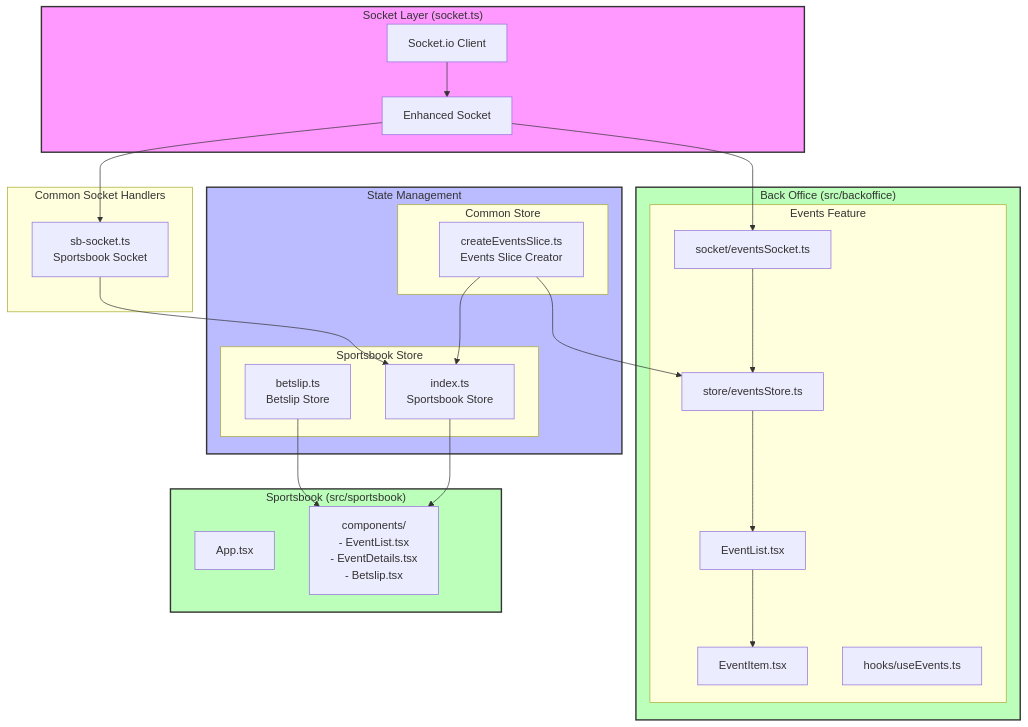
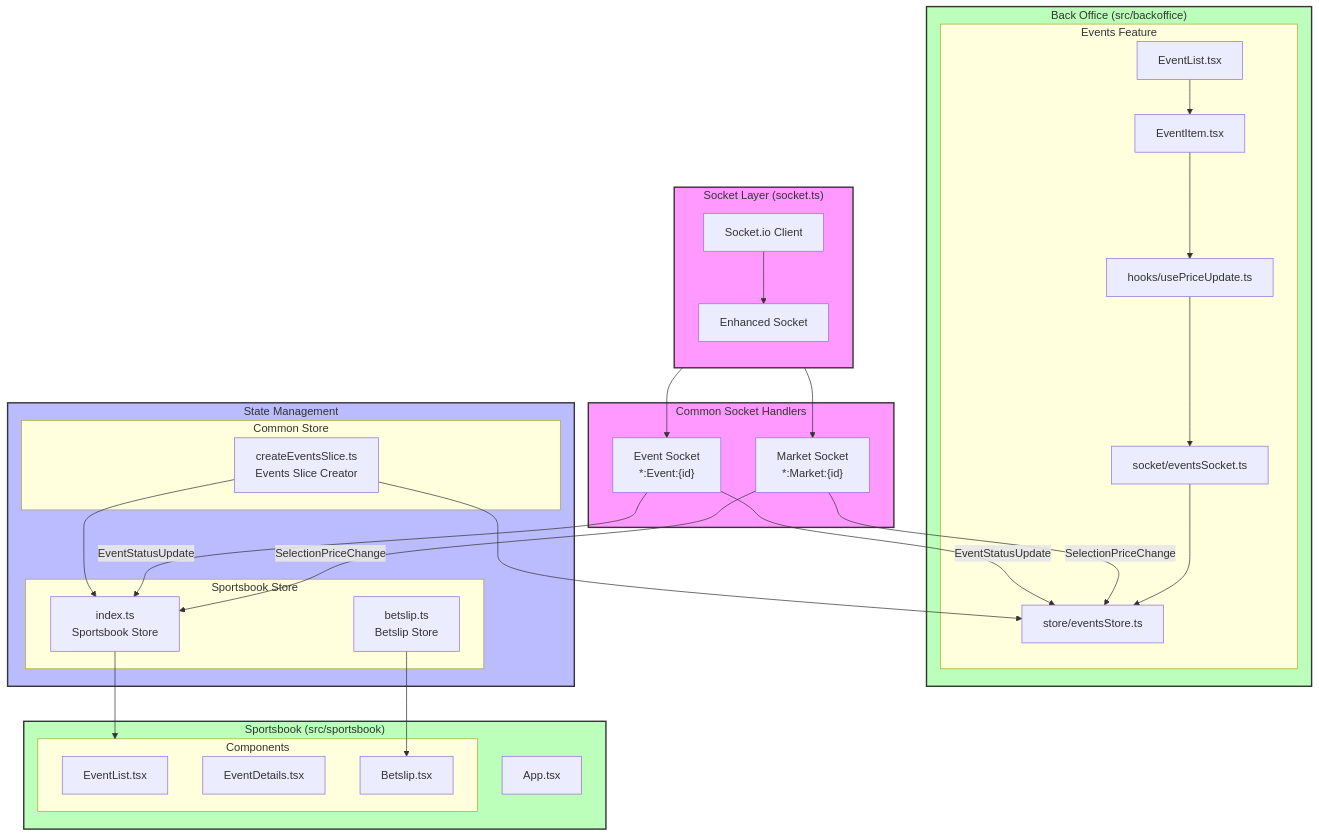
One commit to vandriesh/bo-sb-websockets changed the diagram in docs/architecture.md. Above: the diagram before and after it, drawn with Mermaid. The commit also changed other lines of this file and 73 other files, not shown here.

````diff
--- a/docs/architecture.md
+++ b/docs/architecture.md
@@ -5,64 +5,73 @@
 ```mermaid
 graph TB
     subgraph Socket["Socket Layer (socket.ts)"]
         S[Socket.io Client]
         ES[Enhanced Socket]
+        direction TB
+        S --> ES
     end
 
     subgraph BackOffice["Back Office (src/backoffice)"]
         subgraph BOEvents["Events Feature"]
             BO_EVENT_LIST["EventList.tsx"]
             BO_EVENT_ITEM["EventItem.tsx"]
-            BO_HOOKS["hooks/useEvents.ts"]
+            BO_HOOKS["hooks/usePriceUpdate.ts"]
             BO_SOCKET["socket/eventsSocket.ts"]
             BO_STORE["store/eventsStore.ts"]
+            
+            BO_EVENT_LIST --> BO_EVENT_ITEM
+            BO_EVENT_ITEM --> BO_HOOKS
+            BO_HOOKS --> BO_SOCKET
+            BO_SOCKET --> BO_STORE
         end
     end
 
     subgraph CommonSocket["Common Socket Handlers"]
-        SB_SOCKET["sb-socket.ts<br/>Sportsbook Socket"]
+        MARKET_SOCKET["Market Socket<br/>*:Market:{id}"]
+        EVENT_SOCKET["Event Socket<br/>*:Event:{id}"]
     end
 
     subgraph StateManagement["State Management"]
         subgraph CommonStore["Common Store"]
             ES_SLICE["createEventsSlice.ts<br/>Events Slice Creator"]
         end
         
         subgraph SportsbookStore["Sportsbook Store"]
             SB_STORE["index.ts<br/>Sportsbook Store"]
             BETSLIP["betslip.ts<br/>Betslip Store"]
         end
     end
 
     subgraph Sportsbook["Sportsbook (src/sportsbook)"]
         SB_APP["App.tsx"]
-        SB_COMP["components/<br/>- EventList.tsx<br/>- EventDetails.tsx<br/>- Betslip.tsx"]
+        subgraph SB_COMPONENTS["Components"]
+            SB_EVENT_LIST["EventList.tsx"]
+            SB_EVENT_DETAILS["EventDetails.tsx"]
+            SB_BETSLIP["Betslip.tsx"]
+        end
     end
 
     %% Socket Connections
-    S --> ES
-    ES --> BO_SOCKET
-    ES --> SB_SOCKET
+    ES --> MARKET_SOCKET
+    ES --> EVENT_SOCKET
     
-    %% State Management Connections
+    %% Socket to Store Connections
+    MARKET_SOCKET --> |"SelectionPriceChange"| BO_STORE
+    EVENT_SOCKET --> |"EventStatusUpdate"| BO_STORE
+    MARKET_SOCKET --> |"SelectionPriceChange"| SB_STORE
+    EVENT_SOCKET --> |"EventStatusUpdate"| SB_STORE
+    
+    %% Store to Components Connections
     ES_SLICE --> BO_STORE
     ES_SLICE --> SB_STORE
-    
-    %% Socket to Store Connections
-    BO_SOCKET --> BO_STORE
-    SB_SOCKET --> SB_STORE
-    
-    %% Store to Components Connections
-    BO_STORE --> BO_EVENT_LIST
-    BO_EVENT_LIST --> BO_EVENT_ITEM
-    SB_STORE --> SB_COMP
-    BETSLIP --> SB_COMP
+    SB_STORE --> SB_COMPONENTS
+    BETSLIP --> SB_BETSLIP
 
     classDef socket fill:#f9f,stroke:#333,stroke-width:2px
     classDef store fill:#bbf,stroke:#333,stroke-width:2px
     classDef component fill:#bfb,stroke:#333,stroke-width:2px
     
-    class Socket socket
+    class Socket,CommonSocket socket
     class StateManagement store
     class BackOffice,Sportsbook component
 ```
````
